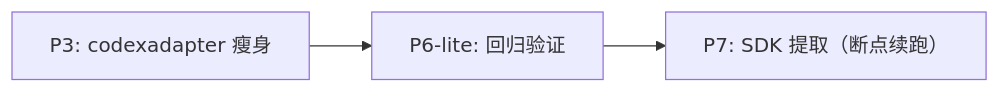
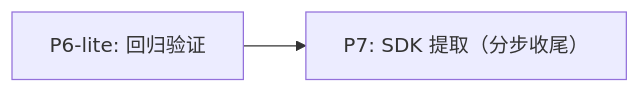
One commit to lihah111222333-cloud/multi-agent-orchestration changed the diagram in go-agent-v2/.agent/workflows/解耦治理与SDK抽取/README.md. Above: the diagram before and after it, drawn with Mermaid. The commit also changed other lines of this file and 2 other files, not shown here.

Commit message:
docs(workflows): refine P7-SDK extraction plan with B0 decoupling phase and batch splitting

````diff
--- a/go-agent-v2/.agent/workflows/解耦治理与SDK抽取/README.md
+++ b/go-agent-v2/.agent/workflows/解耦治理与SDK抽取/README.md
@@ -18,5 +18,4 @@
 ```mermaid
 graph LR
-    P3["P3: codexadapter 瘦身"] --> P6L["P6-lite: 回归验证"]
-    P6L --> P7["P7: SDK 提取（断点续跑）"]
+    P6L["P6-lite: 回归验证"] --> P7["P7: SDK 提取（分步收尾）"]
 ```
````
